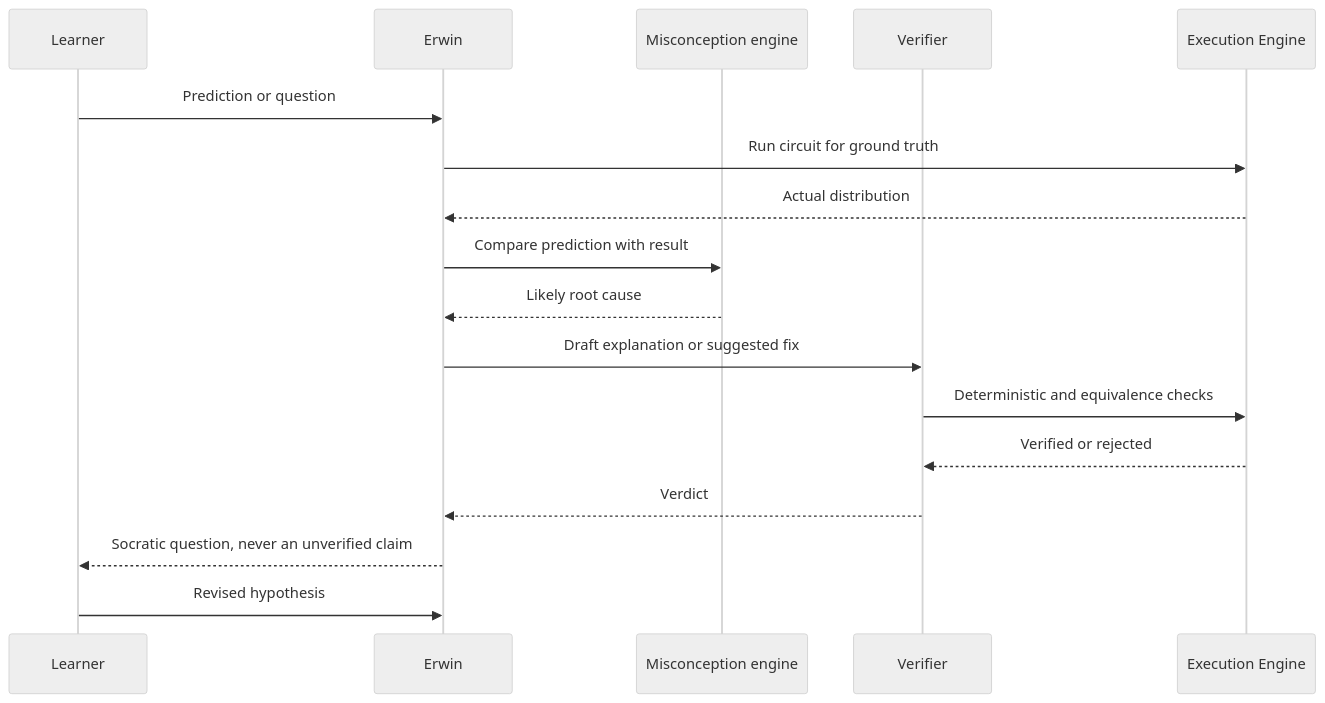
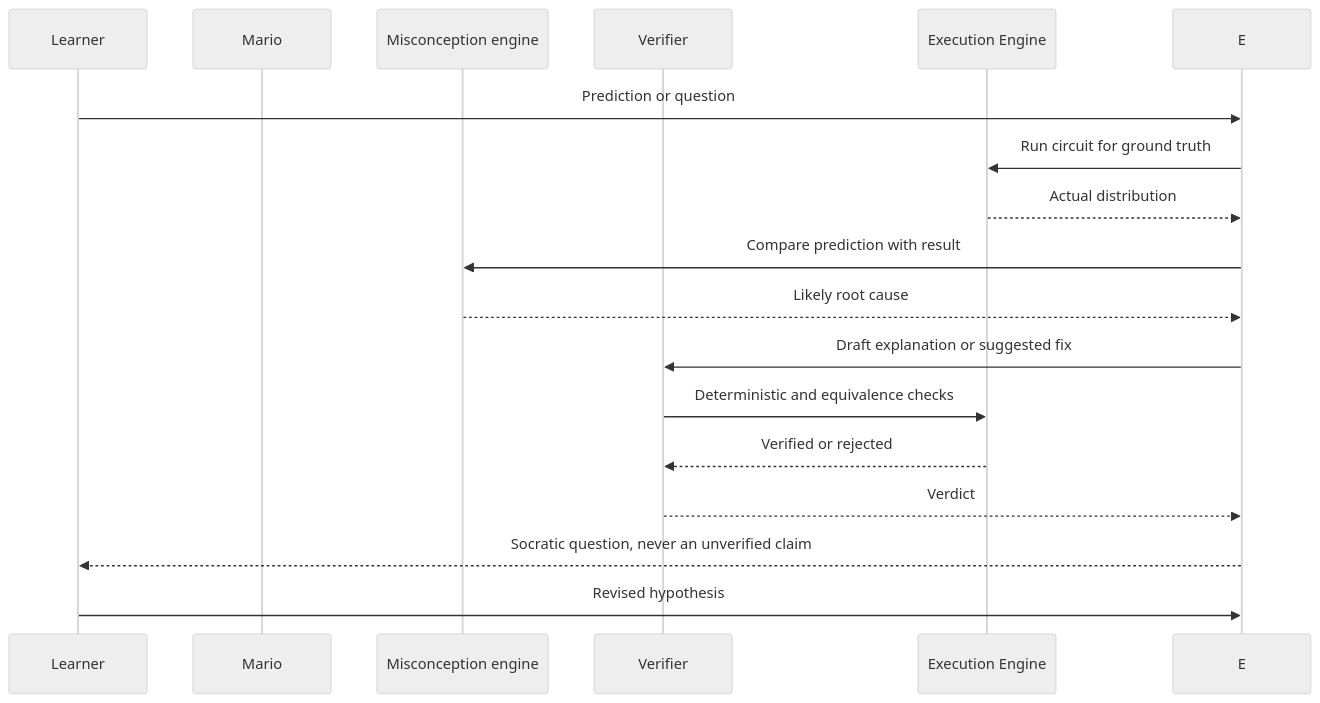
Before and after one commit to aaruhyakumar2006/Qualution-: the ninth of 12 diagrams in README.md, drawn with Mermaid (neutral theme). The commit also changed other lines of this file, not shown here.

````diff
--- a/README.md
+++ b/README.md
@@ -540,20 +540,20 @@
 ```mermaid
 sequenceDiagram
     participant U as Learner
-    participant E as Erwin
+    participant MA as Mario
     participant M as Misconception engine
     participant V as Verifier
     participant X as Execution Engine
 
     U->>E: Prediction or question
     E->>X: Run circuit for ground truth
     X-->>E: Actual distribution
     E->>M: Compare prediction with result
     M-->>E: Likely root cause
     E->>V: Draft explanation or suggested fix
     V->>X: Deterministic and equivalence checks
     X-->>V: Verified or rejected
     V-->>E: Verdict
     E-->>U: Socratic question, never an unverified claim
     U->>E: Revised hypothesis
 ```
````
